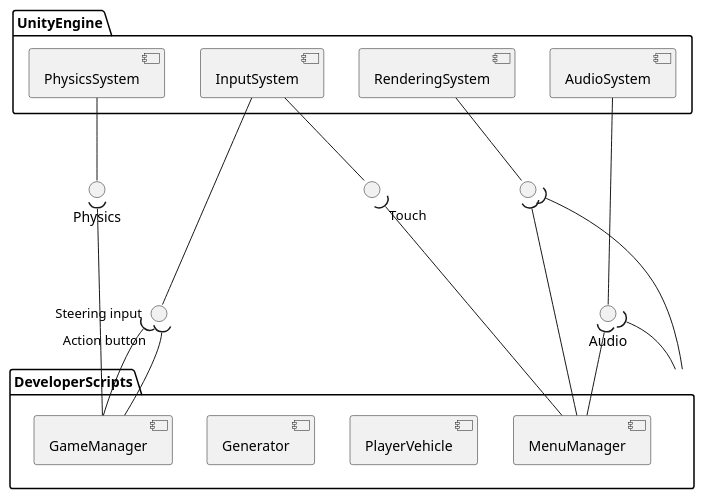
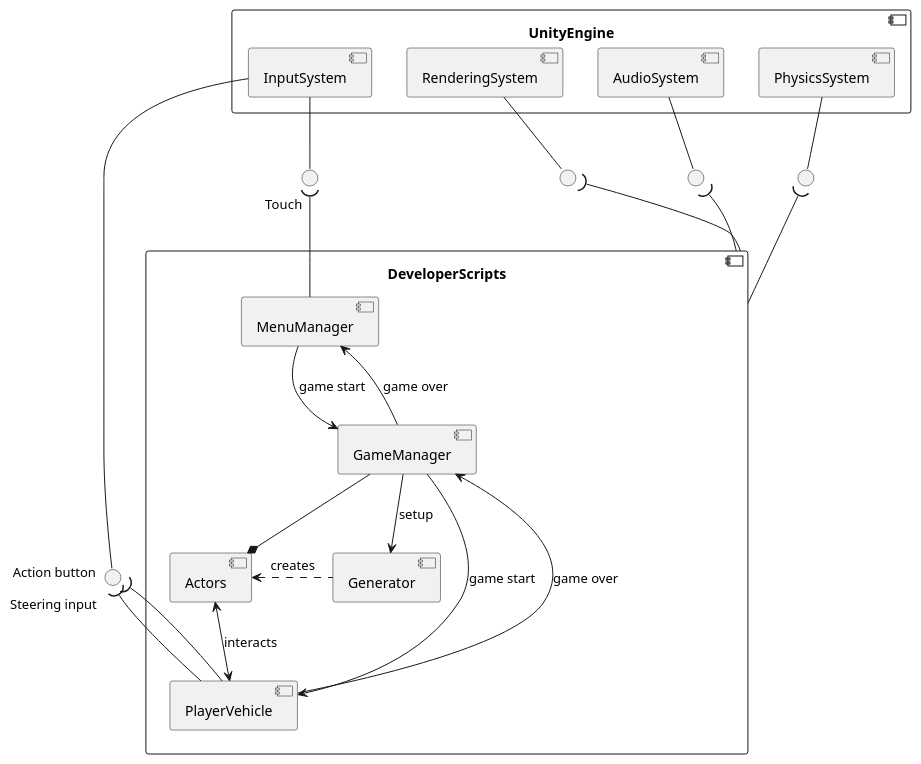
Before and after one commit to CKTA00/Robbery_Rush_UML: the diagram in UML/component diagram.puml, drawn with PlantUML.

Commit message:
Changed interactions in developer scripts

```diff
--- a/UML/component diagram.puml
+++ b/UML/component diagram.puml
@@ -1,66 +1,78 @@
 @startuml
 
 
-package DeveloperScripts{
+component DeveloperScripts{
     component GameManager{
-    }
 
-    component PlayerVehicle{
     }
 
     component Generator{
+
     }
 
     component MenuManager {
 
     }
+
+    component PlayerVehicle{
+
+    }
+
+    component Actors{
+
+    }
 }
 
-
-
-
-
-package UnityEngine{
+component UnityEngine{
     component InputSystem {
 
     }
+
     component RenderingSystem{
 
     }
 
     component AudioSystem{
+
     }
 
     component PhysicsSystem{
+
     }
 }
 
 
 () VehicleInput as " "
 () MenuInput as " "
 () Rendering as " "
-() Physics
-() Audio
+() Physics as " "
+() Audio as " "
 
 
 InputSystem -- VehicleInput
 InputSystem -- MenuInput
 
-VehicleInput "Steering input")-- GameManager
-VehicleInput "Action button")-- GameManager
+VehicleInput "Steering input")-- PlayerVehicle
+VehicleInput "Action button")-- PlayerVehicle
 MenuInput "Touch")-- MenuManager
 
+
+Rendering )-down- DeveloperScripts
+Physics )-down- DeveloperScripts
+Audio )-down- DeveloperScripts
+
+MenuManager --> GameManager: game start
+MenuManager <-- GameManager: game over
+GameManager --> Generator: setup
+GameManager --> PlayerVehicle: game start
+GameManager <-- PlayerVehicle: game over
+GameManager --* Actors
+Generator ..l> Actors: creates
+
+Actors <--> PlayerVehicle: interacts
+
 RenderingSystem -- Rendering
-
-Rendering )--- DeveloperScripts
-Rendering )--- MenuManager
-
 AudioSystem -- Audio
-
-Audio )-- DeveloperScripts
-Audio )-- MenuManager
-
 PhysicsSystem -- Physics
-Physics )-- GameManager
 
 @enduml
```
